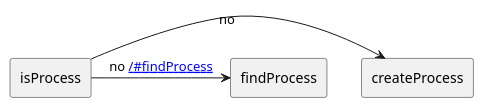
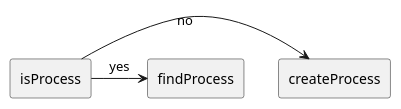
The first of 2 diagrams in public/Processes/The Process.md (oneacik/mindoo), drawn with PlantUML before and after one commit. The commit also changed other lines of this file, not shown here.

Commit message:
THE PROCESS

````diff
--- a/public/Processes/The Process.md
+++ b/public/Processes/The Process.md
@@ -3,8 +3,8 @@
 ```plantuml
 rectangle isProcess
 rectangle createProcess
-rectangle findProcess
+rectangle findProcess [[#findProcess yes]]
 
 isProcess -> createProcess : no
-isProcess -> findProcess : no [[/#findProcess]]
+isProcess -> findProcess : yes 
 ```
````
